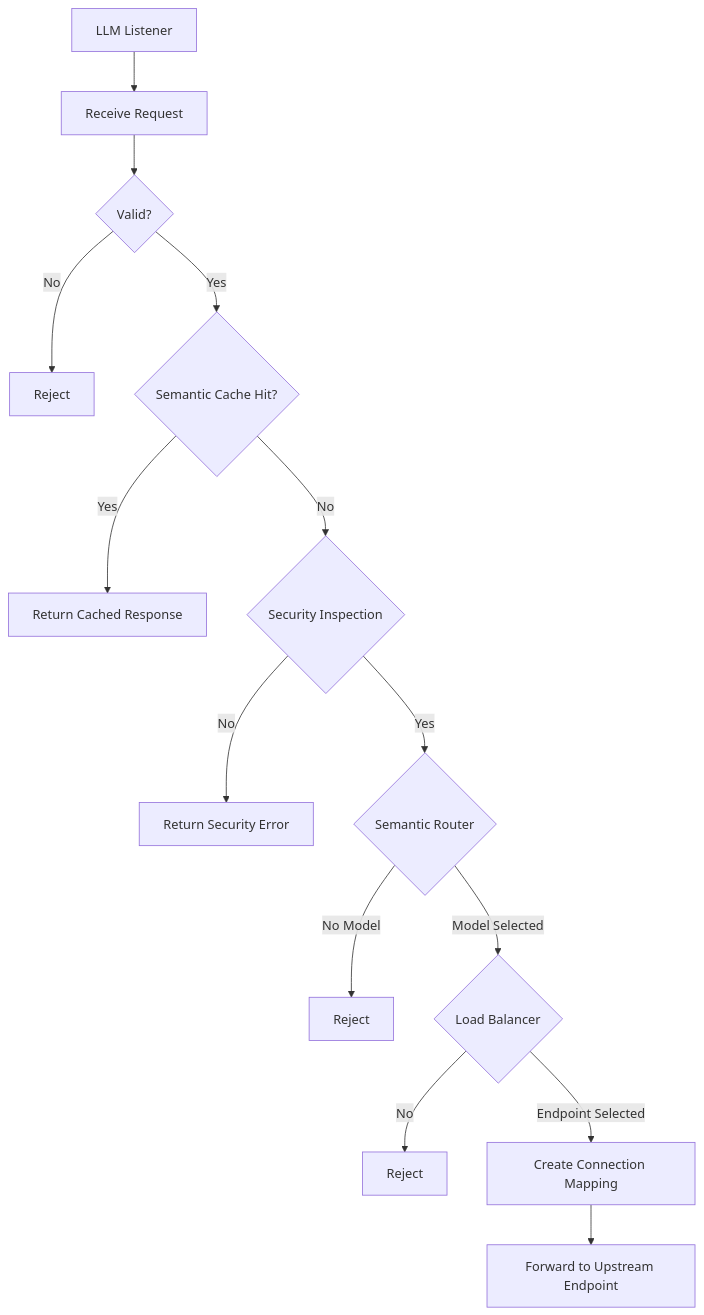
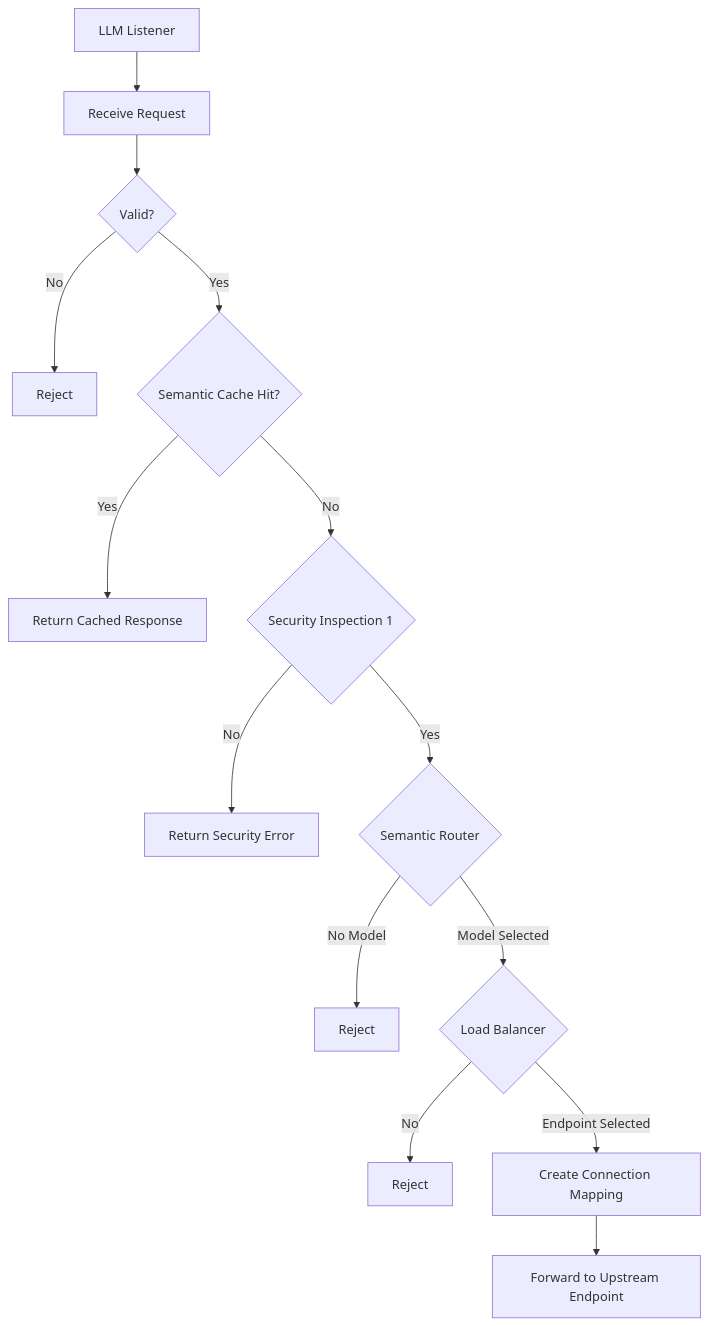
One commit to puyanguvic/semenatic_routing_and_load_balance changed the first of 3 diagrams in ase_llm_load_balancer.md. Above: the diagram before and after it, drawn with Mermaid. The commit also changed other lines of this file, not shown here.

````diff
--- a/ase_llm_load_balancer.md
+++ b/ase_llm_load_balancer.md
@@ -35,22 +40,22 @@
 ```mermaid
 flowchart TD
     A[LLM Listener] --> B[Receive Request]
     B --> C{Valid?}
 
     C -- No --> R1[Reject]
 
     C -- Yes --> SC{Semantic Cache Hit?}
     SC -- Yes --> F[Return Cached Response]
 
-    SC -- No --> SEC{Security Inspection}
+    SC -- No --> SEC{Security Inspection 1}
     SEC -- No --> G[Return Security Error]
 
     SEC -- Yes --> SR{Semantic Router}
     SR -- No Model --> R2[Reject]
 
     SR -- Model Selected --> LB{Load Balancer}
     LB -- No --> R3[Reject]
 
     LB -- Endpoint Selected --> MAP[Create Connection Mapping]
     MAP --> FORWARD[Forward to Upstream Endpoint]
 ```
````
